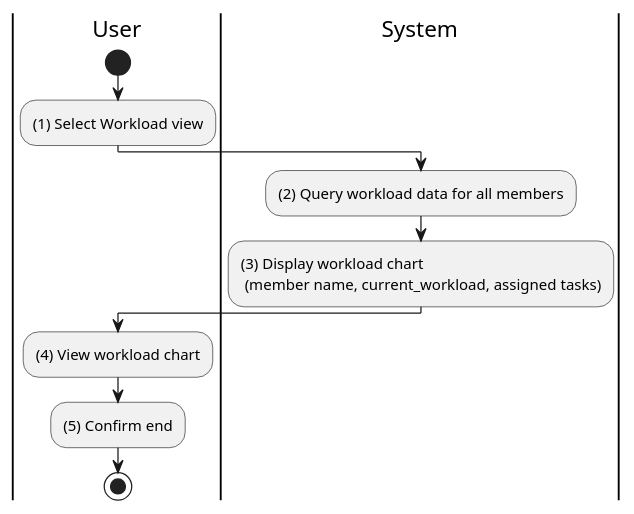
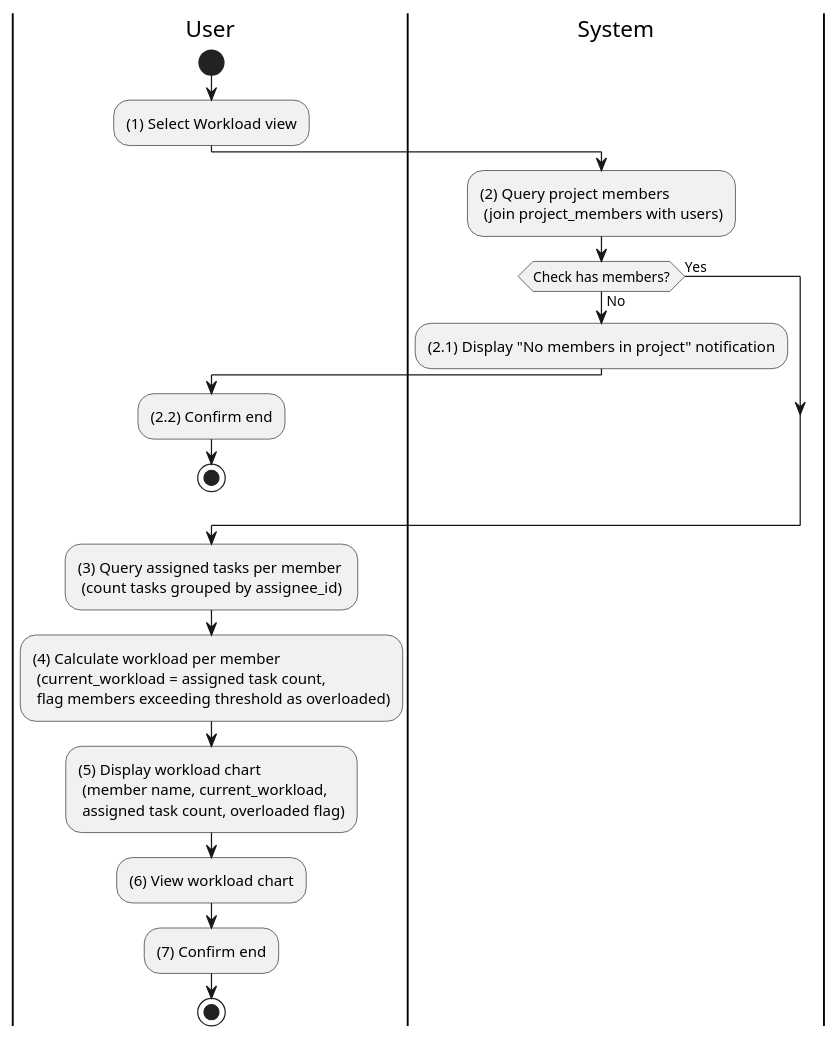
Before and after one commit to taskpilot-platform/taskpilot-platform.github.io: the diagram in docs/docs/activity/task-management/view-workload.md, drawn with PlantUML. The commit also changed 10 other files, not shown here.

First line of the commit message:
expand activity diagrams: add empty-state checks and filter flows

````diff
--- a/docs/docs/activity/task-management/view-workload.md
+++ b/docs/docs/activity/task-management/view-workload.md
@@ -3,20 +3,33 @@
 ```plantuml
 @startuml
 |U|User
 |S|System
 
 |U|
 start
 :(1) Select Workload view;
 
 |S|
-:(2) Query workload data for all members;
-:(3) Display workload chart \n (member name, current_workload, assigned tasks);
+:(2) Query project members \n (join project_members with users);
+
+if (Check has members?) then (No)
+  :(2.1) Display "No members in project" notification;
+  |U|
+  :(2.2) Confirm end;
+  stop
+else (Yes)
+endif
+
+:(3) Query assigned tasks per member \n (count tasks grouped by assignee_id);
+
+:(4) Calculate workload per member \n (current_workload = assigned task count, \n flag members exceeding threshold as overloaded);
+
+:(5) Display workload chart \n (member name, current_workload, \n assigned task count, overloaded flag);
 
 |U|
-:(4) View workload chart;
-:(5) Confirm end;
+:(6) View workload chart;
+:(7) Confirm end;
 
 stop
 @enduml
 ```
````
